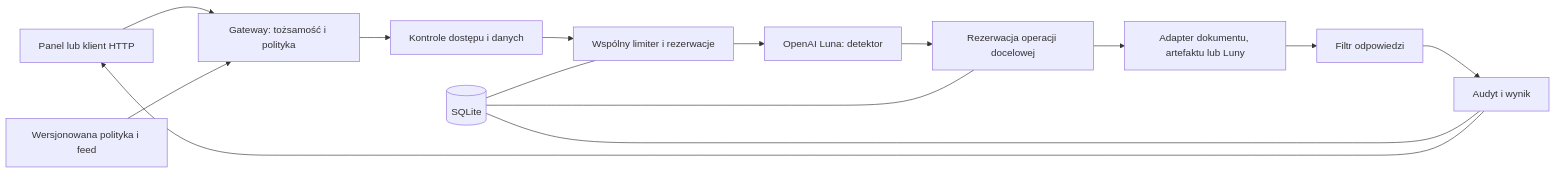
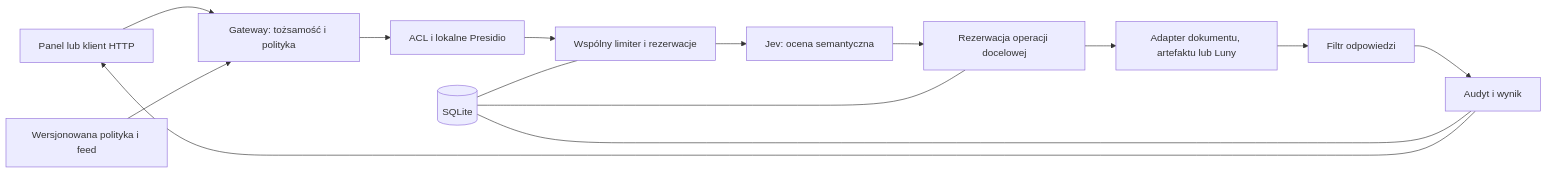
Before and after one commit to SzymonTyburczy/GoldmanSachsHackaton: the diagram in docs/WSPOLNE_USTALENIA.md, drawn with Mermaid. The commit also changed other lines of this file and 4 other files, not shown here.

````diff
--- a/docs/WSPOLNE_USTALENIA.md
+++ b/docs/WSPOLNE_USTALENIA.md
@@ -58,16 +72,16 @@
 ```mermaid
 flowchart LR
     C[Panel lub klient HTTP] --> G[Gateway: tożsamość i polityka]
-    G --> R[Kontrole dostępu i danych]
+    G --> R[ACL i lokalne Presidio]
     R --> B[Wspólny limiter i rezerwacje]
-    B --> D[OpenAI Luna: detektor]
+    B --> D[Jev: ocena semantyczna]
     D --> B2[Rezerwacja operacji docelowej]
     B2 --> M[Adapter dokumentu, artefaktu lub Luny]
     M --> O[Filtr odpowiedzi]
     O --> A[Audyt i wynik]
     A --> C
     P[Wersjonowana polityka i feed] --> G
     DB[(SQLite)] --- B
     DB --- B2
     DB --- A
 ```
````
